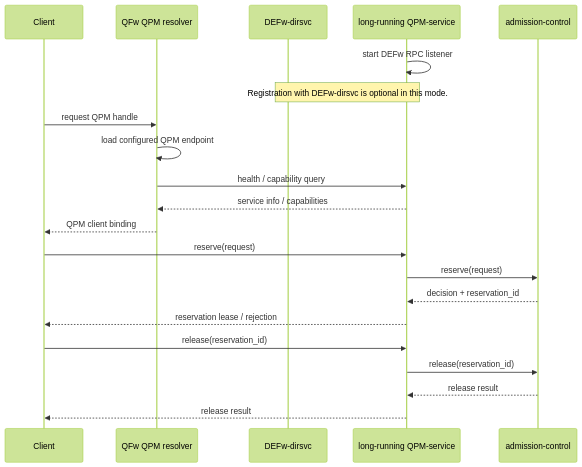
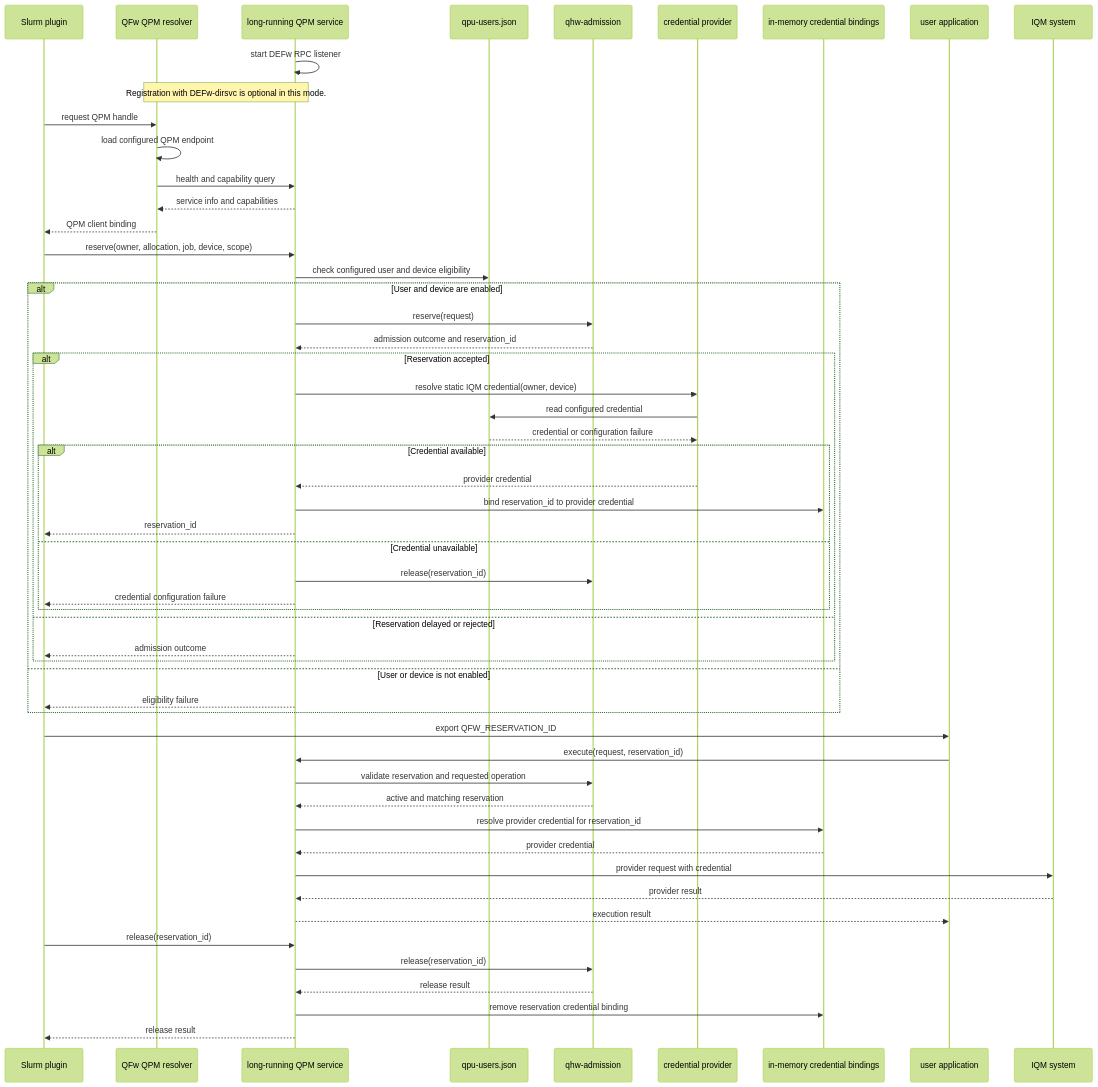
Before and after one commit to openQSE/QFw: the second of 2 diagrams in docs/requirements.md, drawn with Mermaid (forest theme). The commit also changed other lines of this file and 11 other files, not shown here.

````diff
--- a/docs/requirements.md
+++ b/docs/requirements.md
@@ -65,27 +75,61 @@
 ```mermaid
 sequenceDiagram
-    participant Client
+    participant Slurm as Slurm plugin
     participant Resolver as QFw QPM resolver
-    participant DirSvc as DEFw-dirsvc
-    participant QPM as long-running QPM-service
-    participant Admission as admission-control
+    participant QPM as long-running QPM service
+    participant Users as qpu-users.json
+    participant Admission as qhw-admission
+    participant Credentials as credential provider
+    participant Cache as in-memory credential bindings
+    participant App as user application
+    participant IQM as IQM system
 
     QPM->>QPM: start DEFw RPC listener
-    Note over QPM,DirSvc: Registration with DEFw-dirsvc is optional in this mode.
+    Note over Resolver,QPM: Registration with DEFw-dirsvc is optional in this mode.
 
-    Client->>Resolver: request QPM handle
+    Slurm->>Resolver: request QPM handle
     Resolver->>Resolver: load configured QPM endpoint
-    Resolver->>QPM: health / capability query
-    QPM-->>Resolver: service info / capabilities
-    Resolver-->>Client: QPM client binding
+    Resolver->>QPM: health and capability query
+    QPM-->>Resolver: service info and capabilities
+    Resolver-->>Slurm: QPM client binding
 
-    Client->>QPM: reserve(request)
-    QPM->>Admission: reserve(request)
-    Admission-->>QPM: decision + reservation_id
-    QPM-->>Client: reservation lease / rejection
+    Slurm->>QPM: reserve(owner, allocation, job, device, scope)
+    QPM->>Users: check configured user and device eligibility
+    alt User and device are enabled
+        QPM->>Admission: reserve(request)
+        Admission-->>QPM: admission outcome and reservation_id
+        alt Reservation accepted
+            QPM->>Credentials: resolve static IQM credential(owner, device)
+            Credentials->>Users: read configured credential
+            Users-->>Credentials: credential or configuration failure
+            alt Credential available
+                Credentials-->>QPM: provider credential
+                QPM->>Cache: bind reservation_id to provider credential
+                QPM-->>Slurm: reservation_id
+            else Credential unavailable
+                QPM->>Admission: release(reservation_id)
+                QPM-->>Slurm: credential configuration failure
+            end
+        else Reservation delayed or rejected
+            QPM-->>Slurm: admission outcome
+        end
+    else User or device is not enabled
+        QPM-->>Slurm: eligibility failure
+    end
 
-    Client->>QPM: release(reservation_id)
+    Slurm->>App: export QFW_RESERVATION_ID
+    App->>QPM: execute(request, reservation_id)
+    QPM->>Admission: validate reservation and requested operation
+    Admission-->>QPM: active and matching reservation
+    QPM->>Cache: resolve provider credential for reservation_id
+    Cache-->>QPM: provider credential
+    QPM->>IQM: provider request with credential
+    IQM-->>QPM: provider result
+    QPM-->>App: execution result
+
+    Slurm->>QPM: release(reservation_id)
     QPM->>Admission: release(reservation_id)
     Admission-->>QPM: release result
-    QPM-->>Client: release result
+    QPM->>Cache: remove reservation credential binding
+    QPM-->>Slurm: release result
 ```
````
